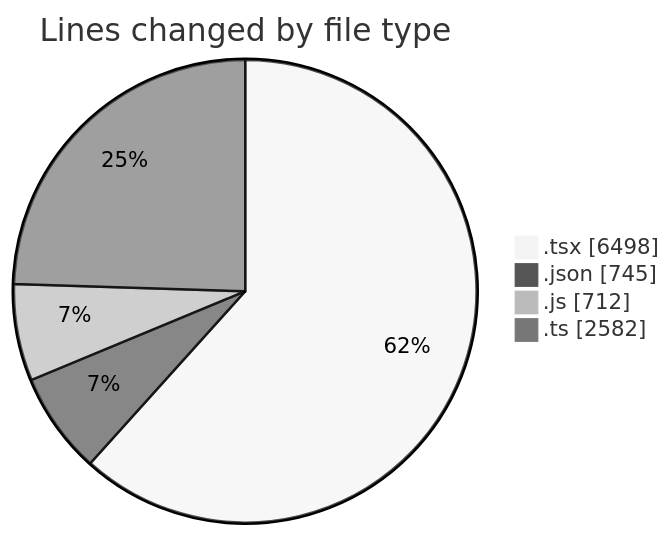
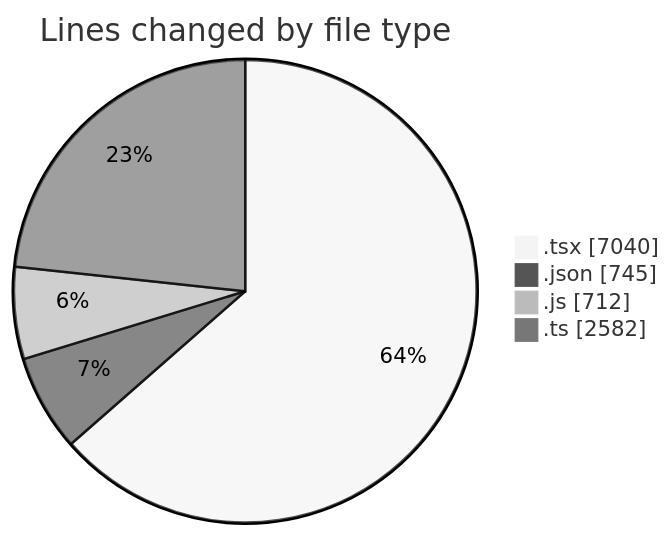
One commit to momahboobian/code-tracking changed the first of 2 diagrams in 2026-08-07/cda/README.md. Above: the diagram before and after it, drawn with Mermaid (neutral theme). The commit also changed other lines of this file and 1 other file, not shown here.

````diff
--- a/2026-08-07/cda/README.md
+++ b/2026-08-07/cda/README.md
@@ -34,8 +34,8 @@
 ```mermaid
 pie showData
 title Lines changed by file type
-".tsx" : 6498
+".tsx" : 7040
 ".json" : 745
 ".js" : 712
 ".ts" : 2582
 ```
````
